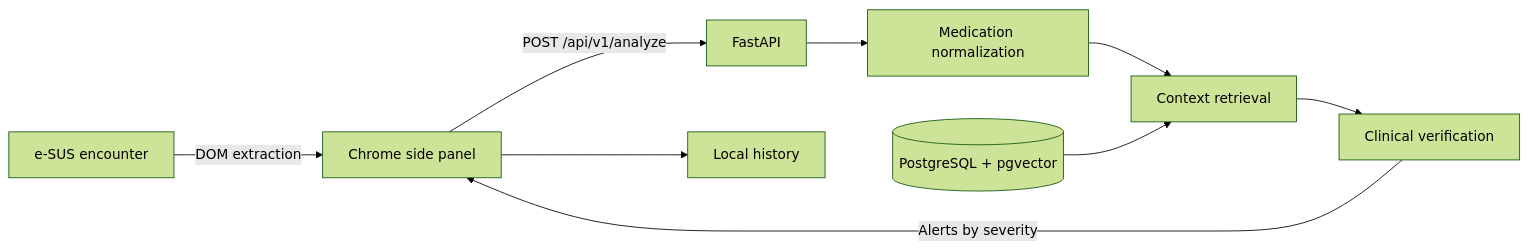
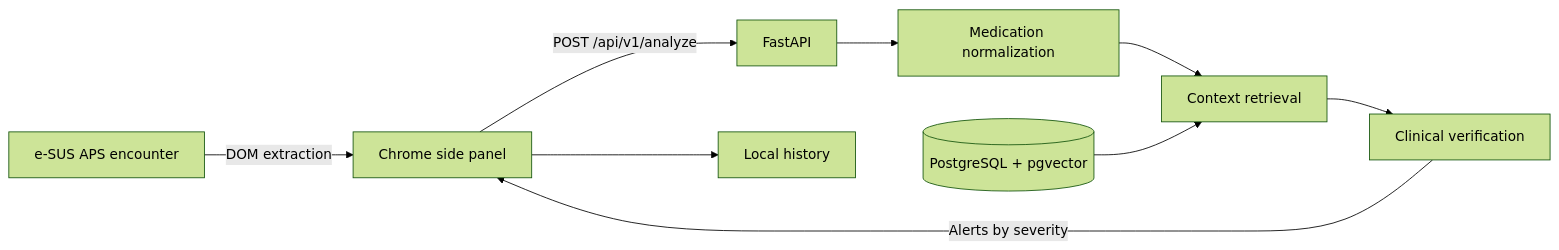
The diagram in README.md (gabrielbringel/Nesis.AI), drawn with Mermaid (forest theme) before and after one commit. The commit also changed other lines of this file, not shown here.

Commit message:
docs(readme): explain SUS and e-SUS APS context in the introduction

````diff
--- a/README.md
+++ b/README.md
@@ -57,11 +57,11 @@
 ```mermaid
 flowchart LR
-    A[e-SUS encounter] -->|DOM extraction| B[Chrome side panel]
+    A[e-SUS APS encounter] -->|DOM extraction| B[Chrome side panel]
     B -->|POST /api/v1/analyze| C[FastAPI]
     C --> D[Medication normalization]
     D --> E[Context retrieval]
     F[(PostgreSQL + pgvector)] --> E
     E --> G[Clinical verification]
     G -->|Alerts by severity| B
     B --> H[Local history]
 ```
````
